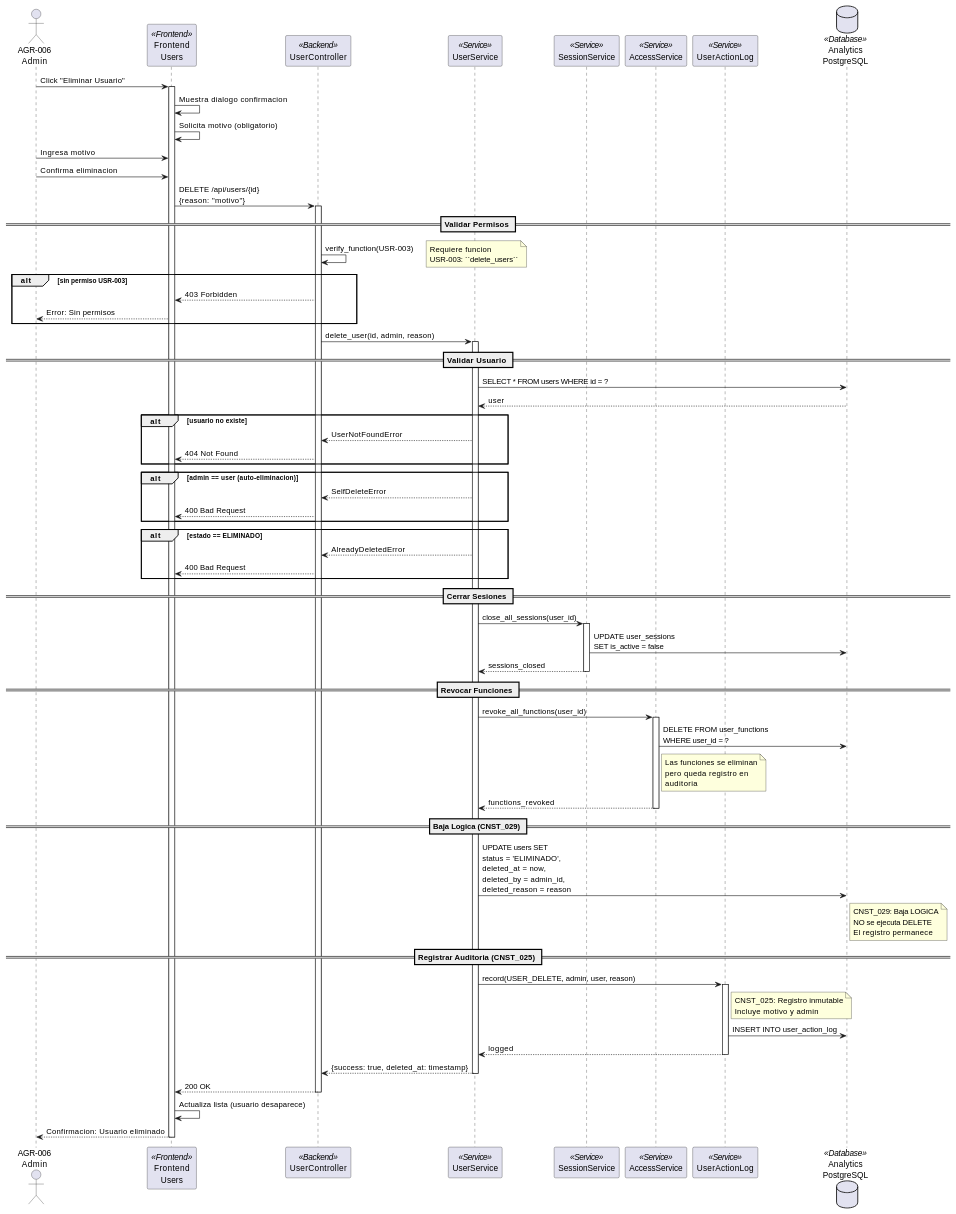
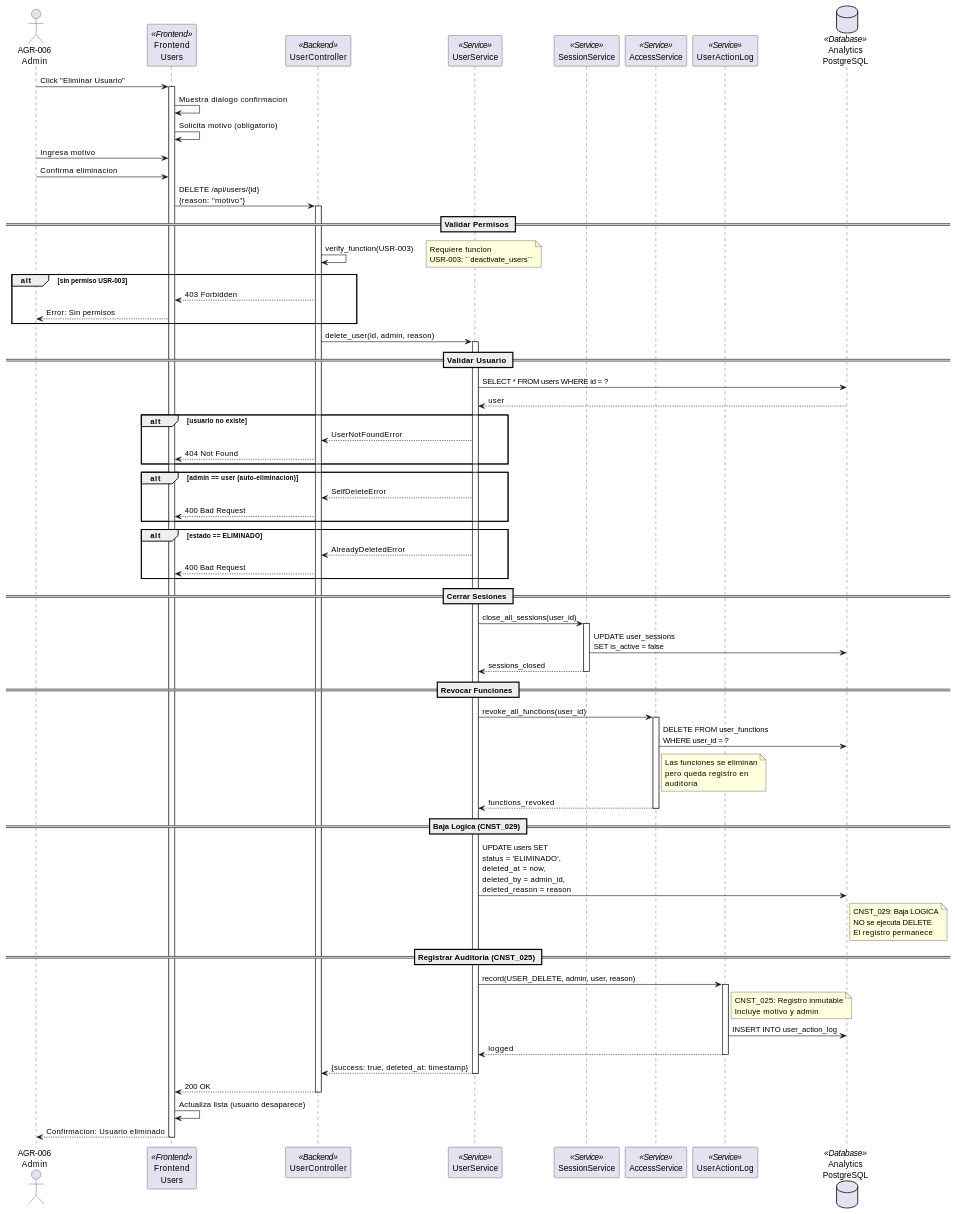
Before and after one commit to jcg-admin/IACT-docs: the second of 3 diagrams in source/requisitos/casos-uso/users/uc-usr-04-eliminar-usuario.rst, drawn with PlantUML. The commit also changed other lines of this file and 3 other files, not shown here.

```diff
--- a/source/requisitos/casos-uso/users/uc-usr-04-eliminar-usuario.rst
+++ b/source/requisitos/casos-uso/users/uc-usr-04-eliminar-usuario.rst
@@ -238,7 +238,7 @@
  UC -> UC: verify_function(USR-003)
  note right
  Requiere funcion
- USR-003: ``delete_users``
+ USR-003: ``deactivate_users``
  end note
 
  alt sin permiso USR-003
```
